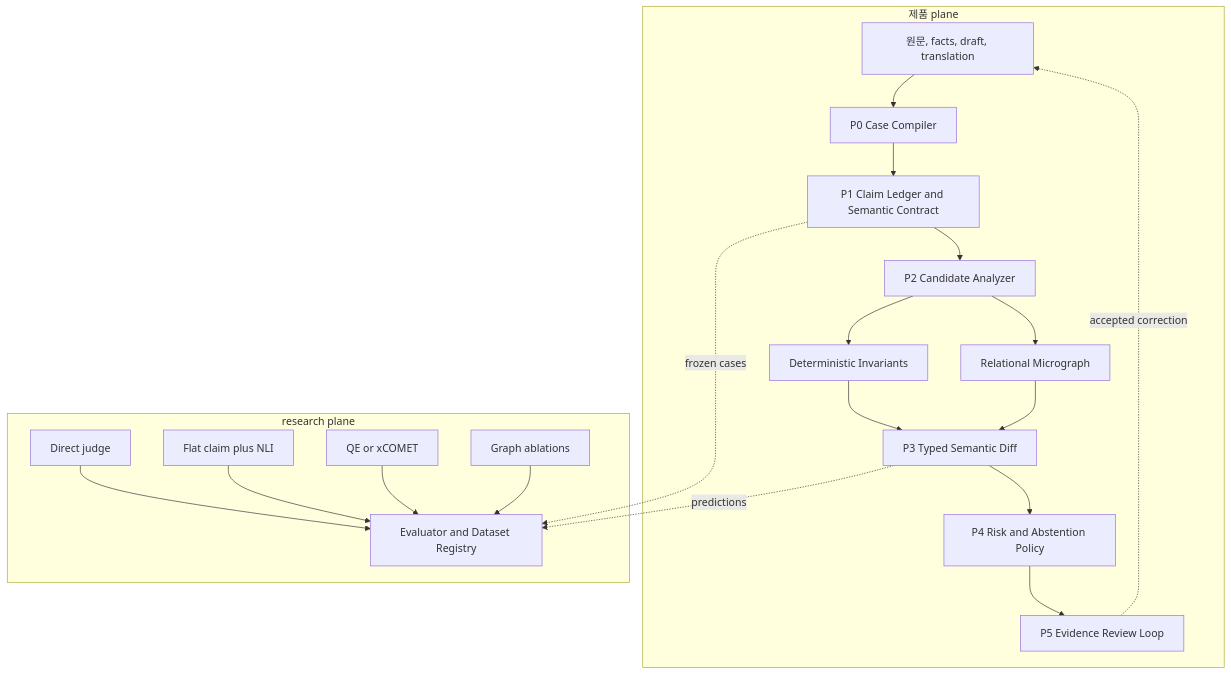
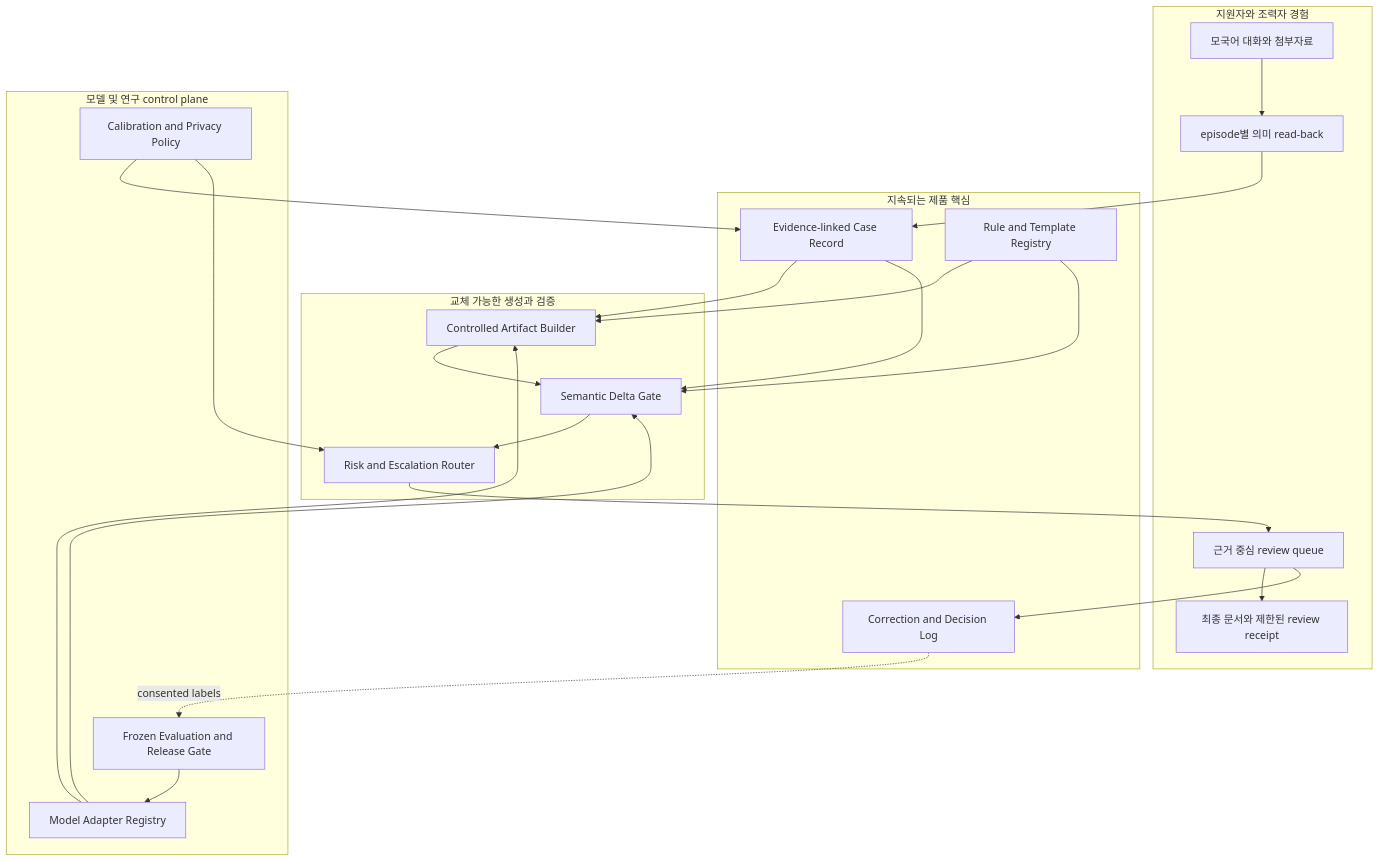
Before and after one commit to woojin0220/2026-TechForImpact-DARI: the diagram in experiments/verification/ARCHITECTURE.md, drawn with Mermaid. The commit also changed other lines of this file and 7 other files, not shown here.

Commit message:
docs: make verification architecture resilient to llm advances

````diff
--- a/experiments/verification/ARCHITECTURE.md
+++ b/experiments/verification/ARCHITECTURE.md
@@ -56,34 +83,42 @@
 ```mermaid
 flowchart TB
-    subgraph Product[제품 plane]
-        A[원문, facts, draft, translation]
-        B[P0 Case Compiler]
-        C[P1 Claim Ledger and Semantic Contract]
-        D[P2 Candidate Analyzer]
-        E1[Deterministic Invariants]
-        E2[Relational Micrograph]
-        F[P3 Typed Semantic Diff]
-        G[P4 Risk and Abstention Policy]
-        H[P5 Evidence Review Loop]
-        A --> B --> C --> D
-        D --> E1 --> F
-        D --> E2 --> F
-        F --> G --> H
-        H -. accepted correction .-> A
+    subgraph Experience[지원자와 조력자 경험]
+        A[모국어 대화와 첨부자료]
+        B[episode별 의미 read-back]
+        H[근거 중심 review queue]
+        X[최종 문서와 제한된 review receipt]
+        A --> B
+        H --> X
     end
 
-    subgraph Research[research plane]
-        R1[Direct judge]
-        R2[Flat claim plus NLI]
-        R3[QE or xCOMET]
-        R4[Graph ablations]
-        R5[Evaluator and Dataset Registry]
-        R1 --> R5
-        R2 --> R5
-        R3 --> R5
-        R4 --> R5
+    subgraph Record[지속되는 제품 핵심]
+        C[Evidence-linked Case Record]
+        R[Rule and Template Registry]
+        L[Correction and Decision Log]
+        B --> C
+        H --> L
     end
 
-    C -. frozen cases .-> R5
-    F -. predictions .-> R5
+    subgraph Transform[교체 가능한 생성과 검증]
+        D[Controlled Artifact Builder]
+        E[Semantic Delta Gate]
+        F[Risk and Escalation Router]
+        C --> D
+        R --> D
+        D --> E --> F --> H
+        C --> E
+        R --> E
+    end
+
+    subgraph Control[모델 및 연구 control plane]
+        M[Model Adapter Registry]
+        Q[Frozen Evaluation and Release Gate]
+        P[Calibration and Privacy Policy]
+        M --> D
+        M --> E
+        Q --> M
+        L -. consented labels .-> Q
+        P --> C
+        P --> F
+    end
 ```
````
